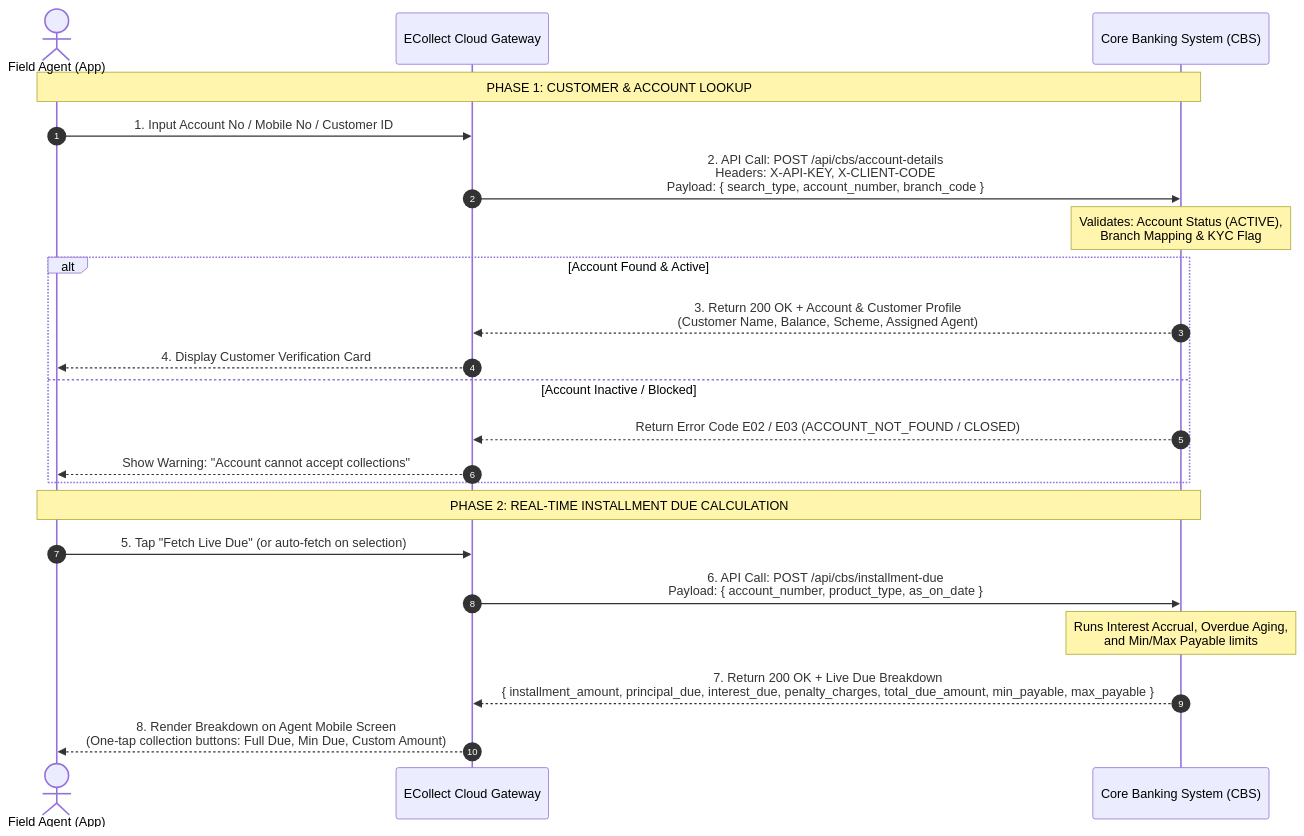
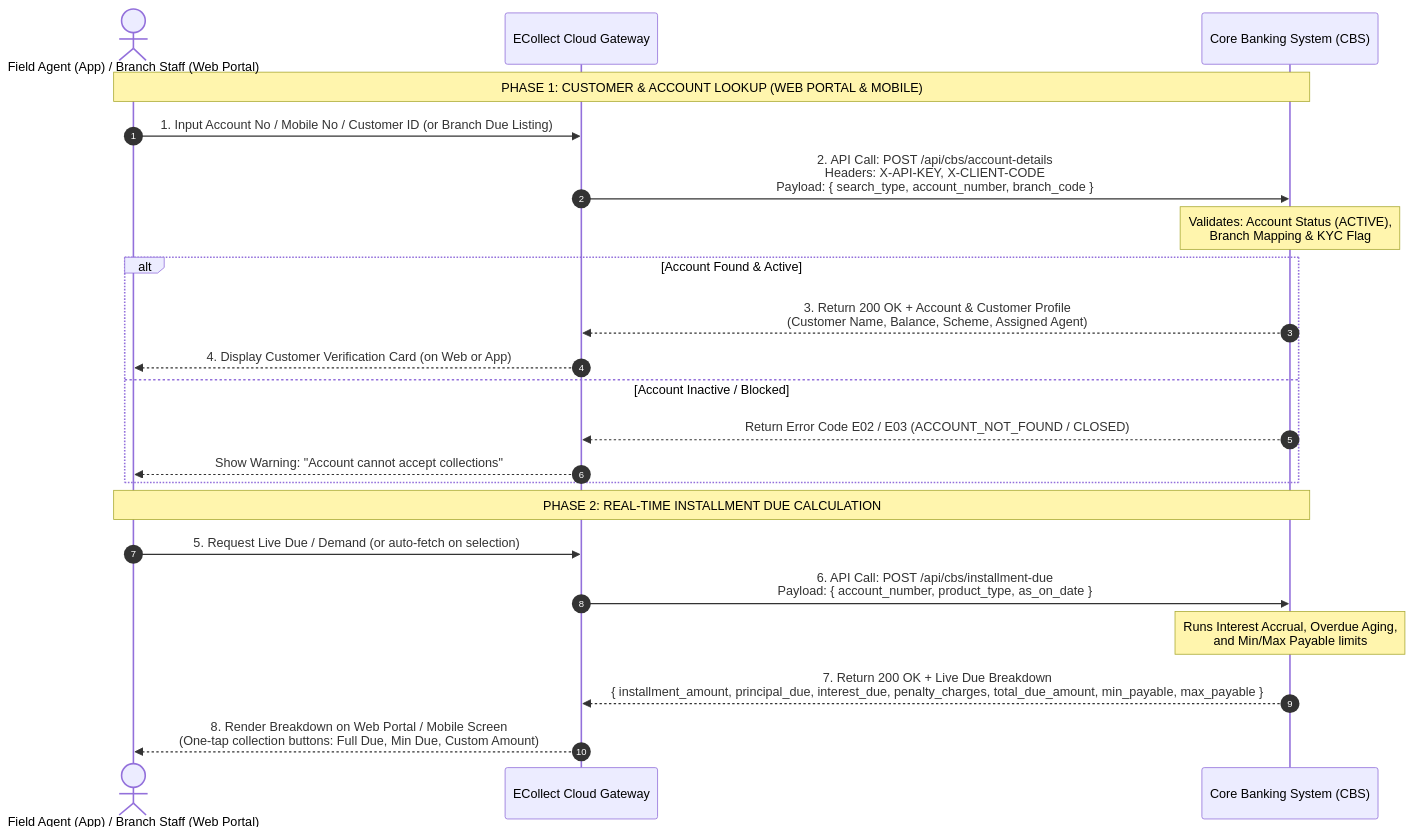
One commit to devadss/EcollectFrontEnd changed the first of 2 diagrams in ECOLLECT_CBS_INTEGRATION_API_SPECIFICATION.md. Above: the diagram before and after it, drawn with Mermaid. The commit also changed other lines of this file and 2 other files, not shown here.

Commit message:
docs: show web portal branch login and listings alongside mobile app in CBS architecture diagrams

````diff
--- a/ECOLLECT_CBS_INTEGRATION_API_SPECIFICATION.md
+++ b/ECOLLECT_CBS_INTEGRATION_API_SPECIFICATION.md
@@ -78,26 +86,26 @@
 ```mermaid
 sequenceDiagram
     autonumber
-    actor Agent as Field Agent (App)
+    actor User as Field Agent (App) / Branch Staff (Web Portal)
     participant GW as ECollect Cloud Gateway
     participant CBS as Core Banking System (CBS)
 
-    Note over Agent,CBS: PHASE 1: CUSTOMER & ACCOUNT LOOKUP
-    Agent->>GW: 1. Input Account No / Mobile No / Customer ID
+    Note over User,CBS: PHASE 1: CUSTOMER & ACCOUNT LOOKUP (WEB PORTAL & MOBILE)
+    User->>GW: 1. Input Account No / Mobile No / Customer ID (or Branch Due Listing)
     GW->>CBS: 2. API Call: POST /api/cbs/account-details<br/>Headers: X-API-KEY, X-CLIENT-CODE<br/>Payload: { search_type, account_number, branch_code }
     Note over CBS: Validates: Account Status (ACTIVE),<br/>Branch Mapping & KYC Flag
     alt Account Found & Active
         CBS-->>GW: 3. Return 200 OK + Account & Customer Profile<br/>(Customer Name, Balance, Scheme, Assigned Agent)
-        GW-->>Agent: 4. Display Customer Verification Card
+        GW-->>User: 4. Display Customer Verification Card (on Web or App)
     else Account Inactive / Blocked
         CBS-->>GW: Return Error Code E02 / E03 (ACCOUNT_NOT_FOUND / CLOSED)
-        GW-->>Agent: Show Warning: "Account cannot accept collections"
+        GW-->>User: Show Warning: "Account cannot accept collections"
     end
 
-    Note over Agent,CBS: PHASE 2: REAL-TIME INSTALLMENT DUE CALCULATION
-    Agent->>GW: 5. Tap "Fetch Live Due" (or auto-fetch on selection)
+    Note over User,CBS: PHASE 2: REAL-TIME INSTALLMENT DUE CALCULATION
+    User->>GW: 5. Request Live Due / Demand (or auto-fetch on selection)
     GW->>CBS: 6. API Call: POST /api/cbs/installment-due<br/>Payload: { account_number, product_type, as_on_date }
     Note over CBS: Runs Interest Accrual, Overdue Aging,<br/>and Min/Max Payable limits
     CBS-->>GW: 7. Return 200 OK + Live Due Breakdown<br/>{ installment_amount, principal_due, interest_due, penalty_charges, total_due_amount, min_payable, max_payable }
-    GW-->>Agent: 8. Render Breakdown on Agent Mobile Screen<br/>(One-tap collection buttons: Full Due, Min Due, Custom Amount)
+    GW-->>User: 8. Render Breakdown on Web Portal / Mobile Screen<br/>(One-tap collection buttons: Full Due, Min Due, Custom Amount)
 ```
````
